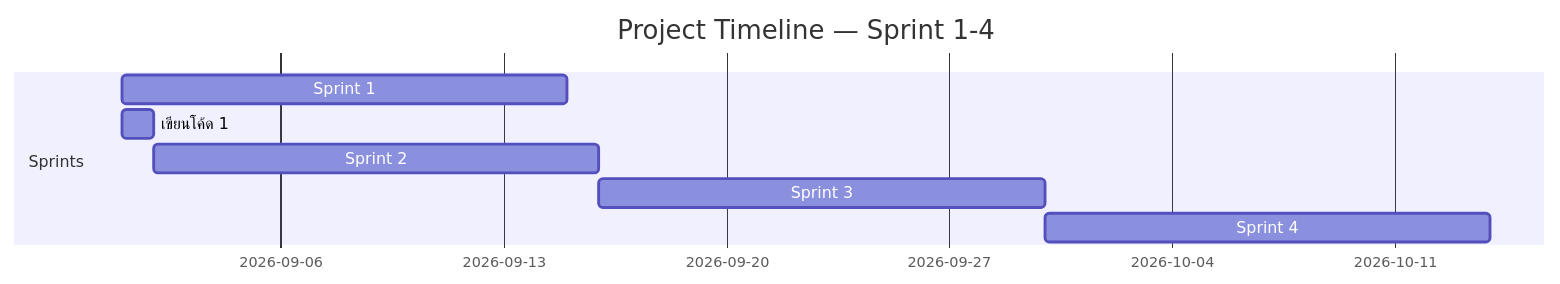
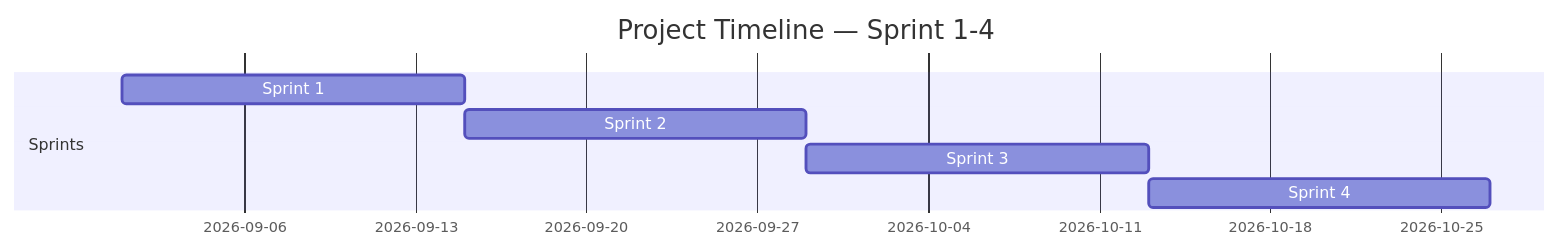
The diagram in [project-Don_tbeacund]-Prt_Proj-A/Docs/agile/02-sprint-backlog.md (thanapoom697-maker/New-folder-Dg225-682110117), drawn with Mermaid before and after one commit. The commit also changed 1 other file, not shown here.

Commit message:
git commit -m "docs(agile): update week 09 task progress and standup for somchai"

````diff
--- a/[project-Don_tbeacund]-Prt_Proj-A/Docs/agile/02-sprint-backlog.md
+++ b/[project-Don_tbeacund]-Prt_Proj-A/Docs/agile/02-sprint-backlog.md
@@ -20,11 +20,10 @@
 ```mermaid
 gantt
     title Project Timeline — Sprint 1-4
     dateFormat  YYYY-MM-DD
     section Sprints
     Sprint 1 :s1, 2026-09-01, 14d
-	เขียนโค้ด 1 :s1, 2026-09-01, 1d
     Sprint 2 :s2, after s1, 14d
     Sprint 3 :s3, after s2, 14d
     Sprint 4 :s4, after s3, 14d
 ```
````
